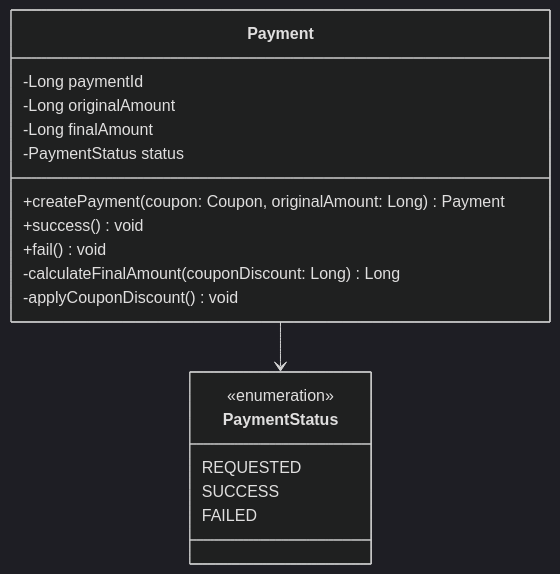
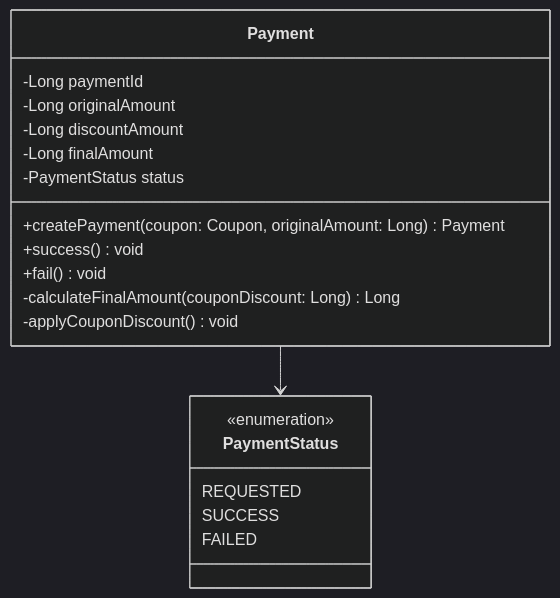
One commit to lostcatbox/e-commerce-order-service changed the fourth of 6 diagrams in docs/ClassDiagrams.md. Above: the diagram before and after it, drawn with Mermaid (dark theme). The commit also changed 1 other file, not shown here.

Commit message:
[docs] Payment 에 discount_amount 필드 추가

````diff
--- a/docs/ClassDiagrams.md
+++ b/docs/ClassDiagrams.md
@@ -68,24 +68,25 @@
 ```mermaid
 classDiagram
     class Payment {
         -Long paymentId
         -Long originalAmount
+        -Long discountAmount
         -Long finalAmount
         -PaymentStatus status
         +createPayment(coupon: Coupon, originalAmount: Long) Payment
         +success() void
         +fail() void
         -calculateFinalAmount(couponDiscount: Long) Long
         -applyCouponDiscount() void
     }
 
     class PaymentStatus {
         <<enumeration>>
         REQUESTED
         SUCCESS
         FAILED
     }
 
     Payment --> PaymentStatus
 
 ```
````
